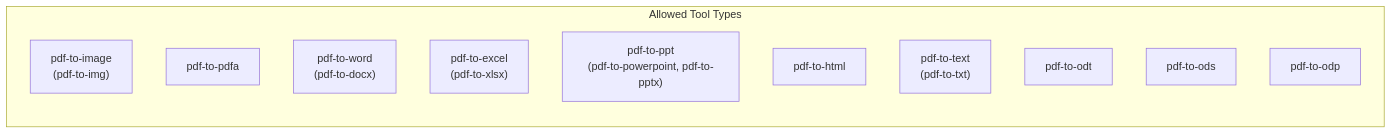
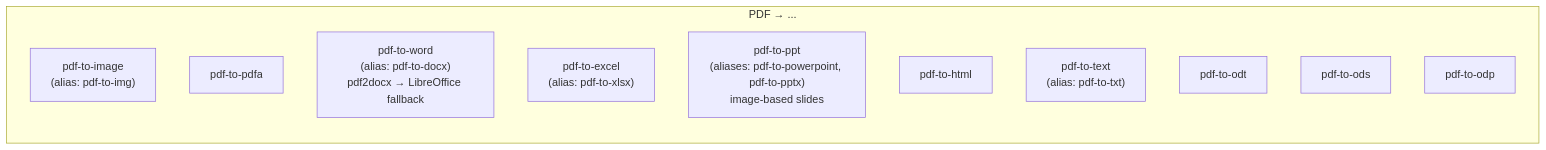
Before and after one commit to Prachidubey2003/fyredocs_backend: the second of 6 diagrams in docs/developer/mermaid/service-convert-from-pdf-architecture.md, drawn with Mermaid. The commit also changed other lines of this file and 39 other files, not shown here.

````diff
--- a/docs/developer/mermaid/service-convert-from-pdf-architecture.md
+++ b/docs/developer/mermaid/service-convert-from-pdf-architecture.md
@@ -76,15 +84,15 @@
 ```mermaid
 graph LR
-    subgraph AllowedTools["Allowed Tool Types"]
-        A["pdf-to-image<br/>(pdf-to-img)"]
+    subgraph PDFExports["PDF → ..."]
+        A["pdf-to-image<br/>(alias: pdf-to-img)"]
         B["pdf-to-pdfa"]
-        C["pdf-to-word<br/>(pdf-to-docx)"]
-        D["pdf-to-excel<br/>(pdf-to-xlsx)"]
-        E["pdf-to-ppt<br/>(pdf-to-powerpoint, pdf-to-pptx)"]
+        C["pdf-to-word<br/>(alias: pdf-to-docx)<br/>pdf2docx → LibreOffice fallback"]
+        D["pdf-to-excel<br/>(alias: pdf-to-xlsx)"]
+        E["pdf-to-ppt<br/>(aliases: pdf-to-powerpoint, pdf-to-pptx)<br/>image-based slides"]
         F["pdf-to-html"]
-        G["pdf-to-text<br/>(pdf-to-txt)"]
+        G["pdf-to-text<br/>(alias: pdf-to-txt)"]
         H["pdf-to-odt"]
         I["pdf-to-ods"]
         J["pdf-to-odp"]
     end
 ```
````
